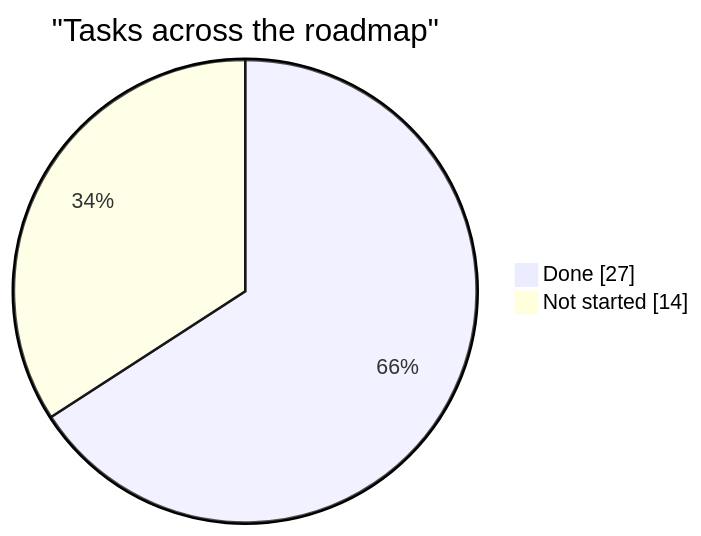
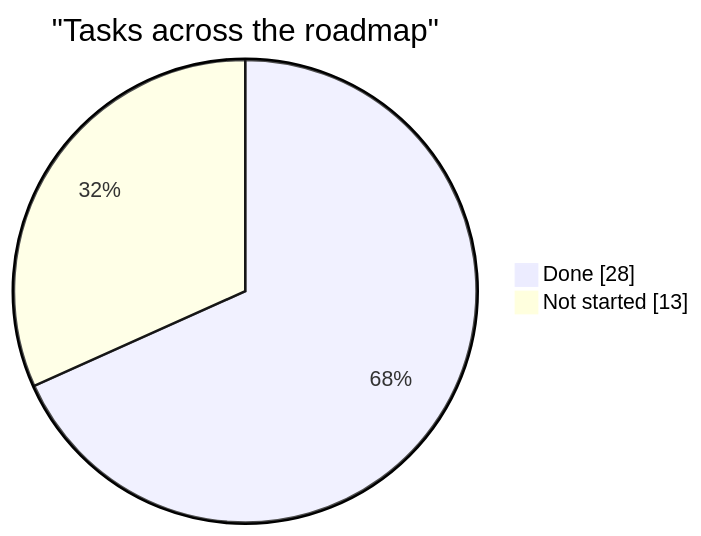
One commit to AdamClemens/PyFlow changed the diagram in docs/planning/status.md. Above: the diagram before and after it, drawn with Mermaid. The commit also changed other lines of this file and 21 other files, not shown here.

````diff
--- a/docs/planning/status.md
+++ b/docs/planning/status.md
@@ -21,6 +21,6 @@
 ```mermaid
 pie showData
     title "Tasks across the roadmap"
-    "Done" : 27
-    "Not started" : 14
+    "Done" : 28
+    "Not started" : 13
 ```
````
